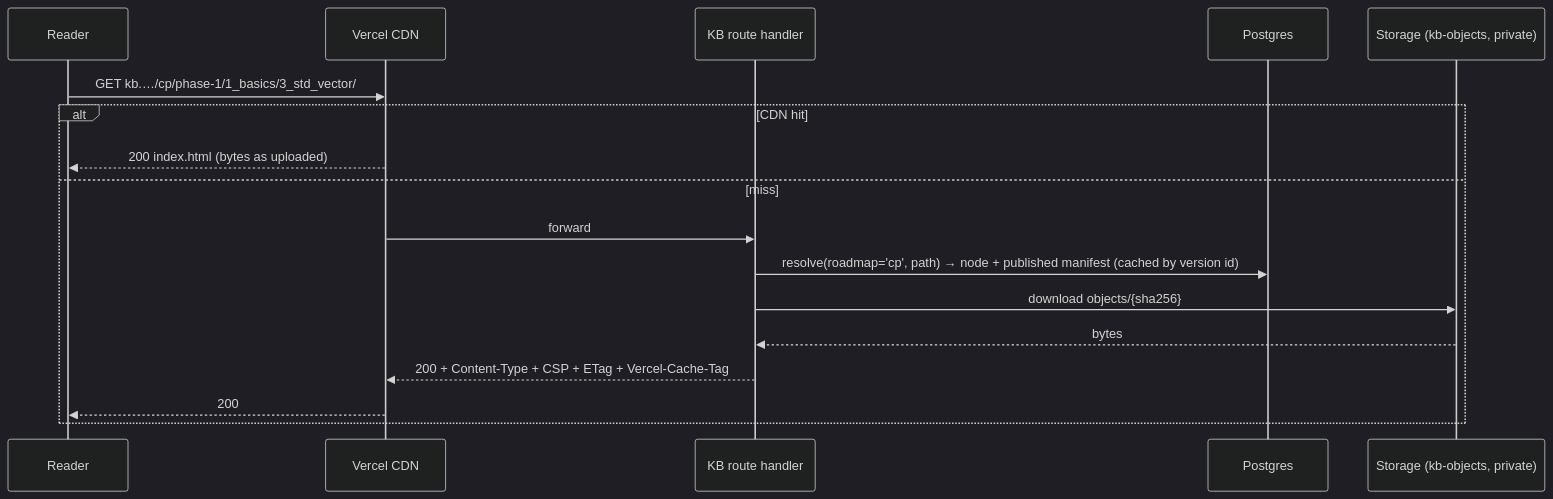
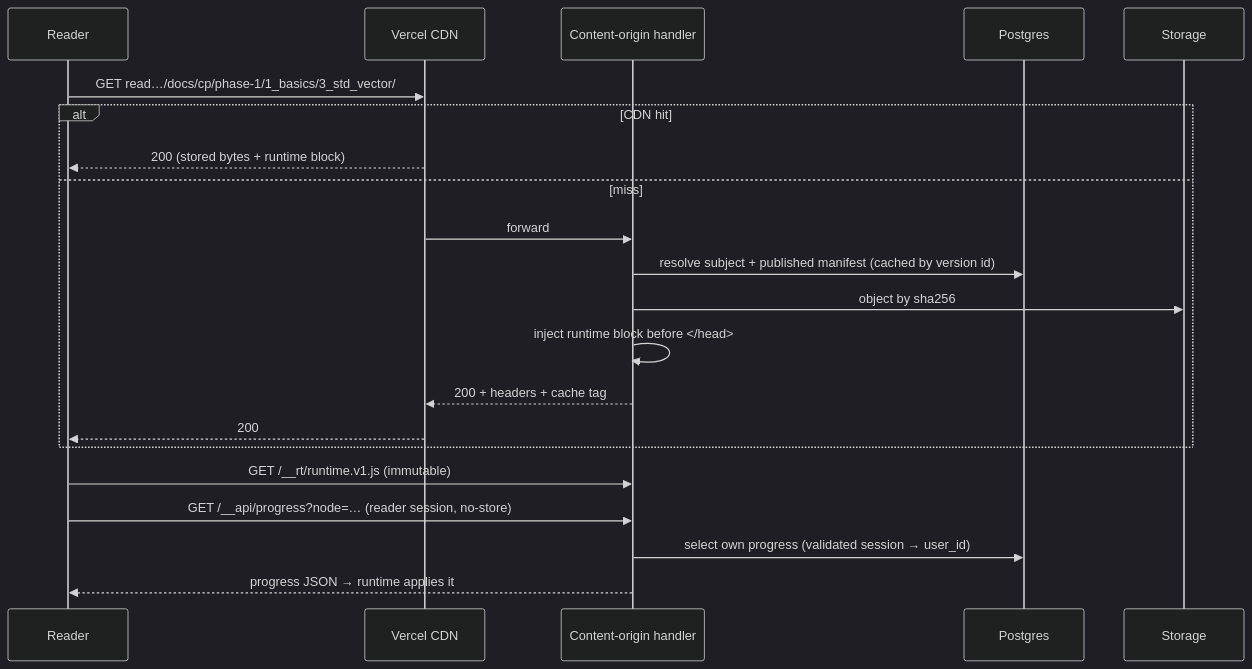
The fifth of 6 diagrams in docs/06-system-architecture.md (eyasir329/portfolio), drawn with Mermaid (dark theme) before and after one commit. The commit also changed other lines of this file and 25 other files, not shown here.

````diff
--- a/docs/06-system-architecture.md
+++ b/docs/06-system-architecture.md
@@ -207,19 +165,23 @@
 ```mermaid
 sequenceDiagram
   participant B as Reader
   participant C as Vercel CDN
-  participant K as KB route handler
+  participant K as Content-origin handler
   participant D as Postgres
-  participant S as Storage (kb-objects, private)
-  B->>C: GET kb.…/cp/phase-1/1_basics/3_std_vector/
+  participant S as Storage
+  B->>C: GET read…/docs/cp/phase-1/1_basics/3_std_vector/
   alt CDN hit
-    C-->>B: 200 index.html (bytes as uploaded)
+    C-->>B: 200 (stored bytes + runtime block)
   else miss
     C->>K: forward
-    K->>D: resolve(roadmap='cp', path) → node + published manifest (cached by version id)
-    K->>S: download objects/{sha256}
-    S-->>K: bytes
-    K-->>C: 200 + Content-Type + CSP + ETag + Vercel-Cache-Tag
+    K->>D: resolve subject + published manifest (cached by version id)
+    K->>S: object by sha256
+    K->>K: inject runtime block before </head>
+    K-->>C: 200 + headers + cache tag
     C-->>B: 200
   end
+  B->>K: GET /__rt/runtime.v1.js (immutable)
+  B->>K: GET /__api/progress?node=… (reader session, no-store)
+  K->>D: select own progress (validated session → user_id)
+  K-->>B: progress JSON → runtime applies it
 ```
````
